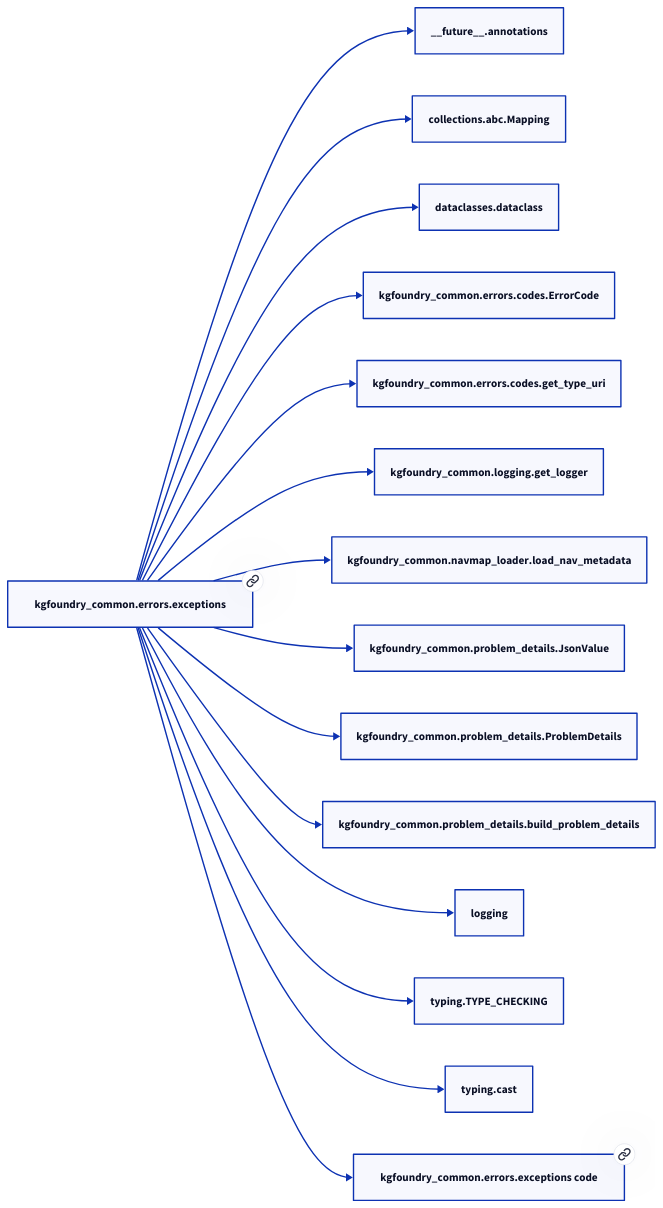
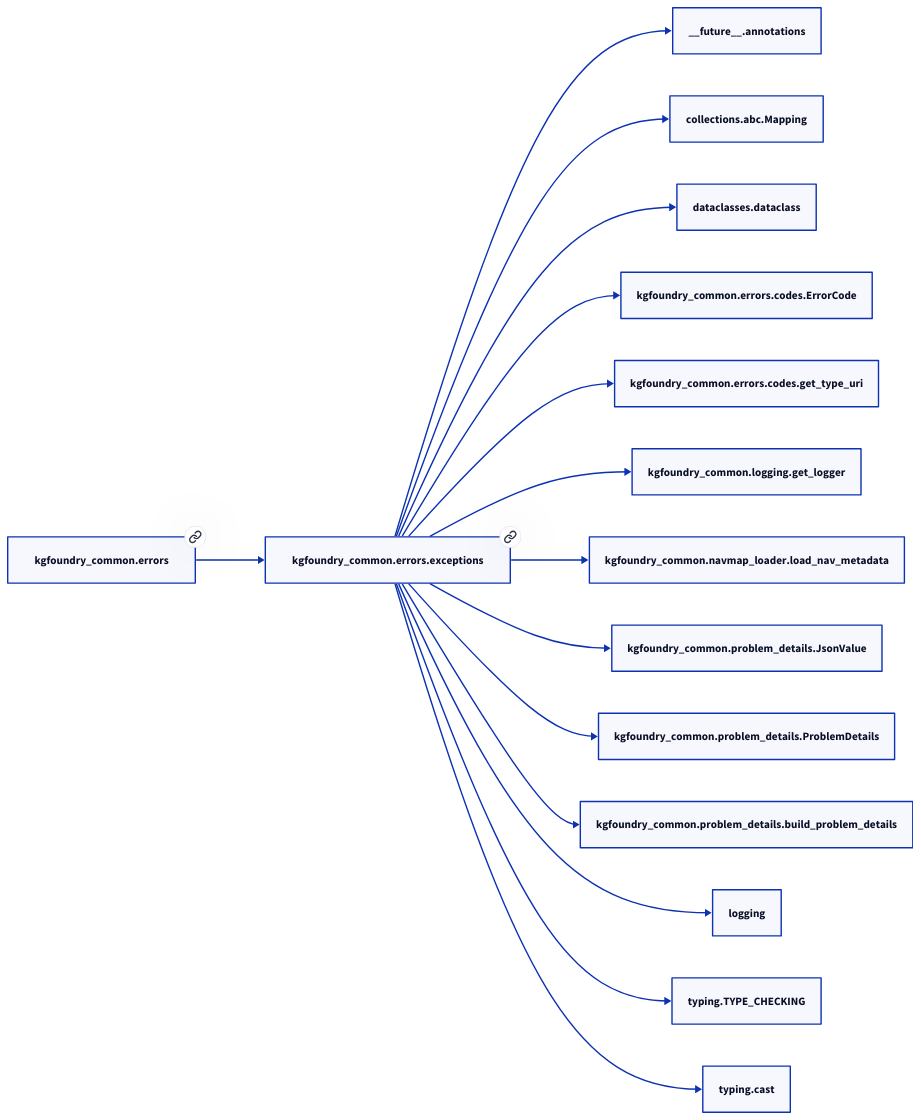
The second of 2 diagrams in docs/modules/kgfoundry_common/errors/exceptions.md (paul-heyse/kgforge), drawn with D2 before and after one commit. The commit also changed other lines of this file and 208 other files, not shown here.

````diff
--- a/docs/modules/kgfoundry_common/errors/exceptions.md
+++ b/docs/modules/kgfoundry_common/errors/exceptions.md
@@ -275,32 +279,32 @@
 ```d2
 direction: right
-"kgfoundry_common.errors.exceptions": "kgfoundry_common.errors.exceptions" { link: "./kgfoundry_common/errors/exceptions.md" }
+"kgfoundry_common.errors.exceptions": "kgfoundry_common.errors.exceptions" { link: "https://github.com/paul-heyse/kgfoundry/blob/main/src/kgfoundry_common/errors/exceptions.py" }
 "__future__.annotations": "__future__.annotations"
 "kgfoundry_common.errors.exceptions" -> "__future__.annotations"
 "collections.abc.Mapping": "collections.abc.Mapping"
 "kgfoundry_common.errors.exceptions" -> "collections.abc.Mapping"
 "dataclasses.dataclass": "dataclasses.dataclass"
 "kgfoundry_common.errors.exceptions" -> "dataclasses.dataclass"
 "kgfoundry_common.errors.codes.ErrorCode": "kgfoundry_common.errors.codes.ErrorCode"
 "kgfoundry_common.errors.exceptions" -> "kgfoundry_common.errors.codes.ErrorCode"
 "kgfoundry_common.errors.codes.get_type_uri": "kgfoundry_common.errors.codes.get_type_uri"
 "kgfoundry_common.errors.exceptions" -> "kgfoundry_common.errors.codes.get_type_uri"
 "kgfoundry_common.logging.get_logger": "kgfoundry_common.logging.get_logger"
 "kgfoundry_common.errors.exceptions" -> "kgfoundry_common.logging.get_logger"
 "kgfoundry_common.navmap_loader.load_nav_metadata": "kgfoundry_common.navmap_loader.load_nav_metadata"
 "kgfoundry_common.errors.exceptions" -> "kgfoundry_common.navmap_loader.load_nav_metadata"
 "kgfoundry_common.problem_details.JsonValue": "kgfoundry_common.problem_details.JsonValue"
 "kgfoundry_common.errors.exceptions" -> "kgfoundry_common.problem_details.JsonValue"
 "kgfoundry_common.problem_details.ProblemDetails": "kgfoundry_common.problem_details.ProblemDetails"
 "kgfoundry_common.errors.exceptions" -> "kgfoundry_common.problem_details.ProblemDetails"
 "kgfoundry_common.problem_details.build_problem_details": "kgfoundry_common.problem_details.build_problem_details"
 "kgfoundry_common.errors.exceptions" -> "kgfoundry_common.problem_details.build_problem_details"
 "logging": "logging"
 "kgfoundry_common.errors.exceptions" -> "logging"
 "typing.TYPE_CHECKING": "typing.TYPE_CHECKING"
 "kgfoundry_common.errors.exceptions" -> "typing.TYPE_CHECKING"
 "typing.cast": "typing.cast"
 "kgfoundry_common.errors.exceptions" -> "typing.cast"
-"kgfoundry_common.errors.exceptions_code": "kgfoundry_common.errors.exceptions code" { link: "https://github.com/kgfoundry/kgfoundry/blob/main/src/kgfoundry_common/errors/exceptions.py" }
-"kgfoundry_common.errors.exceptions" -> "kgfoundry_common.errors.exceptions_code" { style: dashed }
+"kgfoundry_common.errors": "kgfoundry_common.errors" { link: "https://github.com/paul-heyse/kgfoundry/blob/main/src/kgfoundry_common/errors/__init__.py" }
+"kgfoundry_common.errors" -> "kgfoundry_common.errors.exceptions" { style: dashed }
 ```
````
